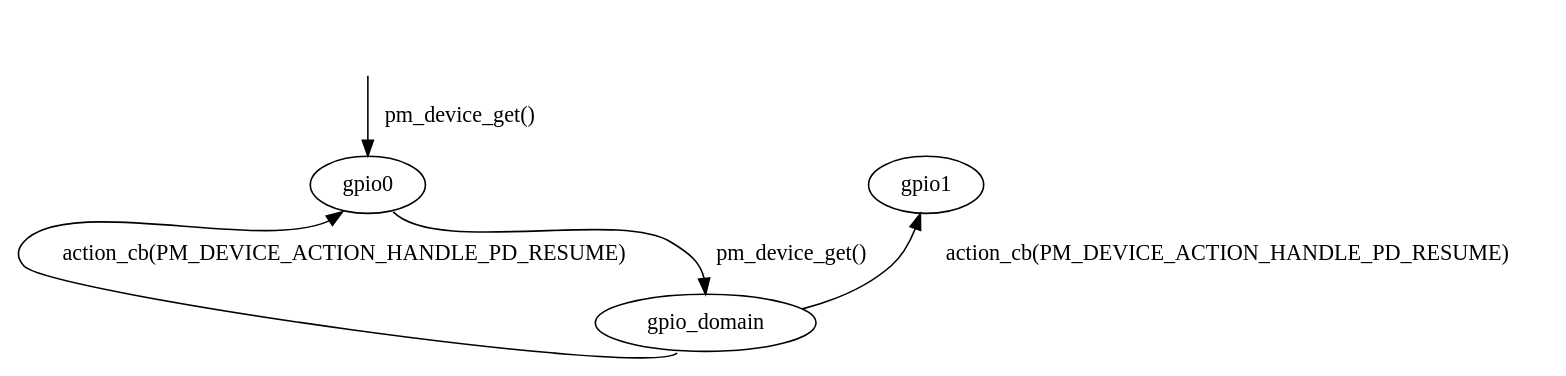
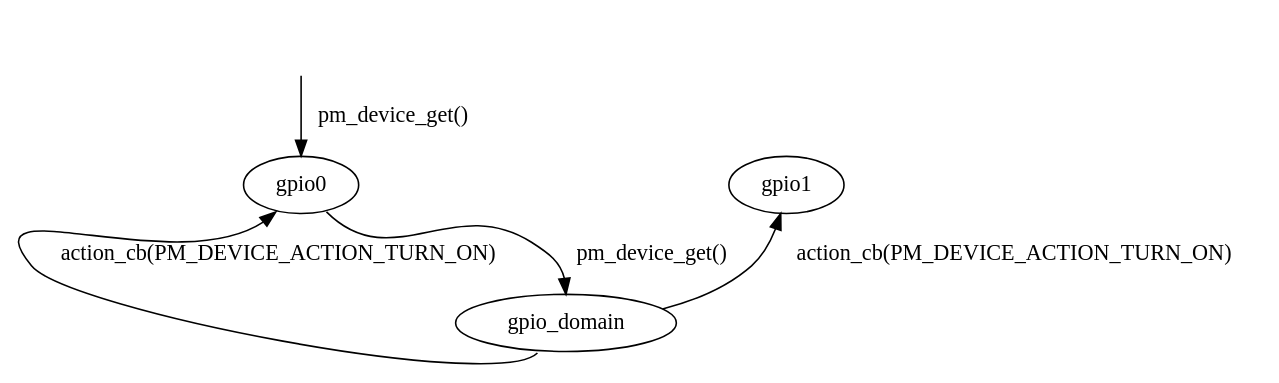
The diagram in doc/guides/pm/power_domain.rst (zephyrproject-rtos/zephyr), drawn with Graphviz before and after one commit. The commit also changed other lines of this file, not shown here.

First line of the commit message:
doc: pm: power_domain: update behaviour

```diff
--- a/doc/guides/pm/power_domain.rst
+++ b/doc/guides/pm/power_domain.rst
@@ -32,21 +31,21 @@
 .. graphviz::
    :caption: Power domain work flow
 
    digraph {
        rankdir="TB";
 
        action [style=invis]
        {
            rank = same;
            rankdir="LR"
            devA [label="gpio0"]
            devB [label="gpio1"]
        }
        domain [label="gpio_domain"]
 
       action -> devA [label="pm_device_get()"]
       devA:se -> domain:n [label="pm_device_get()"]
 
-      domain -> devB [label="action_cb(PM_DEVICE_ACTION_HANDLE_PD_RESUME)"]
-      domain:sw -> devA:sw [label="action_cb(PM_DEVICE_ACTION_HANDLE_PD_RESUME)"]
+      domain -> devB [label="action_cb(PM_DEVICE_ACTION_TURN_ON)"]
+      domain:sw -> devA:sw [label="action_cb(PM_DEVICE_ACTION_TURN_ON)"]
    }
```
